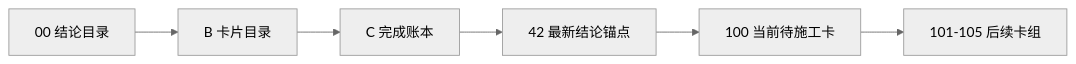
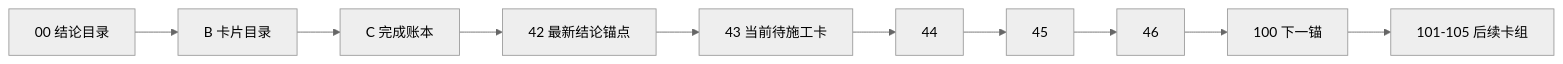
Before and after one commit to everything-is-simple/lifespan-0.01: the diagram in docs/03-execution/A-execution-reading-order-20260409.md, drawn with Mermaid (neutral theme). The commit also changed other lines of this file and 35 other files, not shown here.

````diff
--- a/docs/03-execution/A-execution-reading-order-20260409.md
+++ b/docs/03-execution/A-execution-reading-order-20260409.md
@@ -24,8 +25,12 @@
 ```mermaid
 flowchart LR
     CONC["00 结论目录"] --> BCAT["B 卡片目录"]
     BCAT --> CLED["C 完成账本"]
     CLED --> ANC["42 最新结论锚点"]
-    ANC --> NEXT["100 当前待施工卡"]
+    ANC --> G43["43 当前待施工卡"]
+    G43 --> G44["44"]
+    G44 --> G45["45"]
+    G45 --> G46["46"]
+    G46 --> NEXT["100 下一锚"]
     NEXT --> POST["101-105 后续卡组"]
 ```
````
